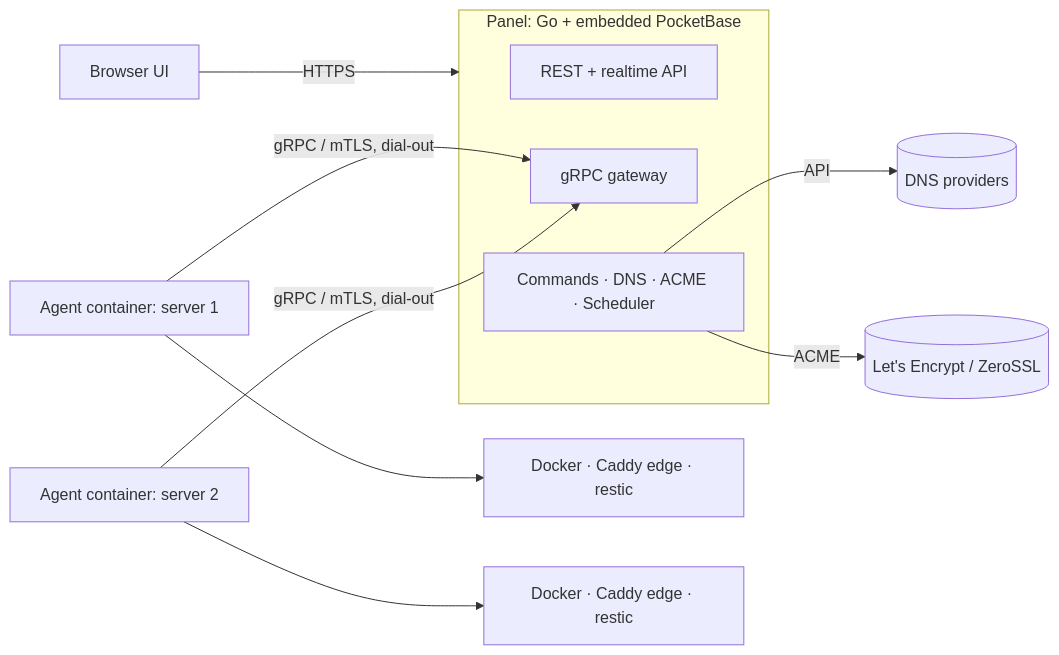
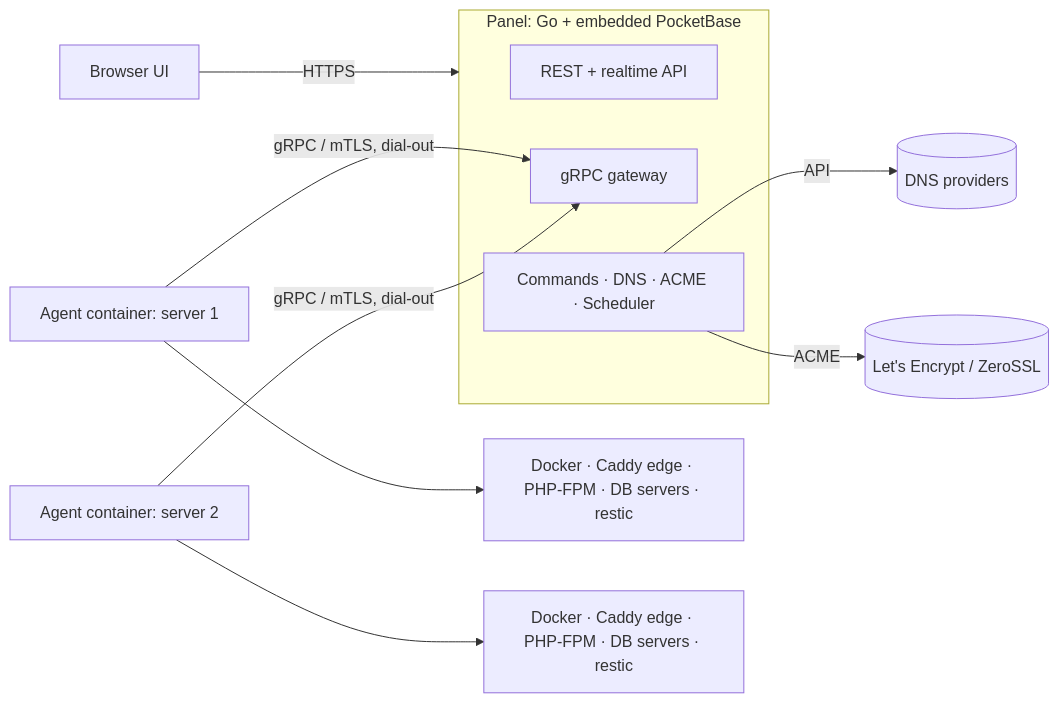
Before and after one commit to oldbear24/PocketServerManager: the diagram in README.md, drawn with Mermaid. The commit also changed other lines of this file and 42 other files, not shown here.

First line of the commit message:
Add change audit, PHP sites and shared database servers

````diff
--- a/README.md
+++ b/README.md
@@ -23,15 +26,15 @@
 ```mermaid
 flowchart LR
   UI[Browser UI] -- HTTPS --> P
   subgraph P[Panel: Go + embedded PocketBase]
     API[REST + realtime API]
     GW[gRPC gateway]
     MGR[Commands · DNS · ACME · Scheduler]
   end
   A1[Agent container: server 1] -- gRPC / mTLS, dial-out --> GW
   A2[Agent container: server 2] -- gRPC / mTLS, dial-out --> GW
   MGR -- API --> DNS[(DNS providers)]
   MGR -- ACME --> CA[(Let's Encrypt / ZeroSSL)]
-  A1 --> D1[Docker · Caddy edge · restic]
-  A2 --> D2[Docker · Caddy edge · restic]
+  A1 --> D1[Docker · Caddy edge · PHP-FPM · DB servers · restic]
+  A2 --> D2[Docker · Caddy edge · PHP-FPM · DB servers · restic]
 ```
````
